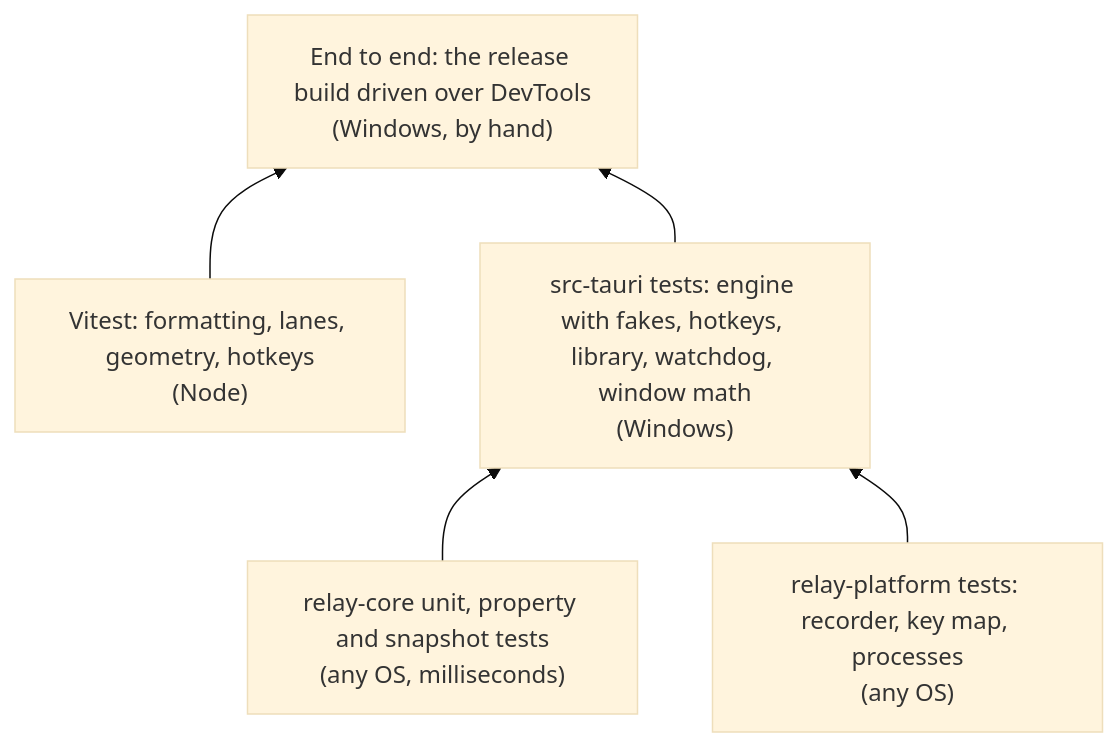
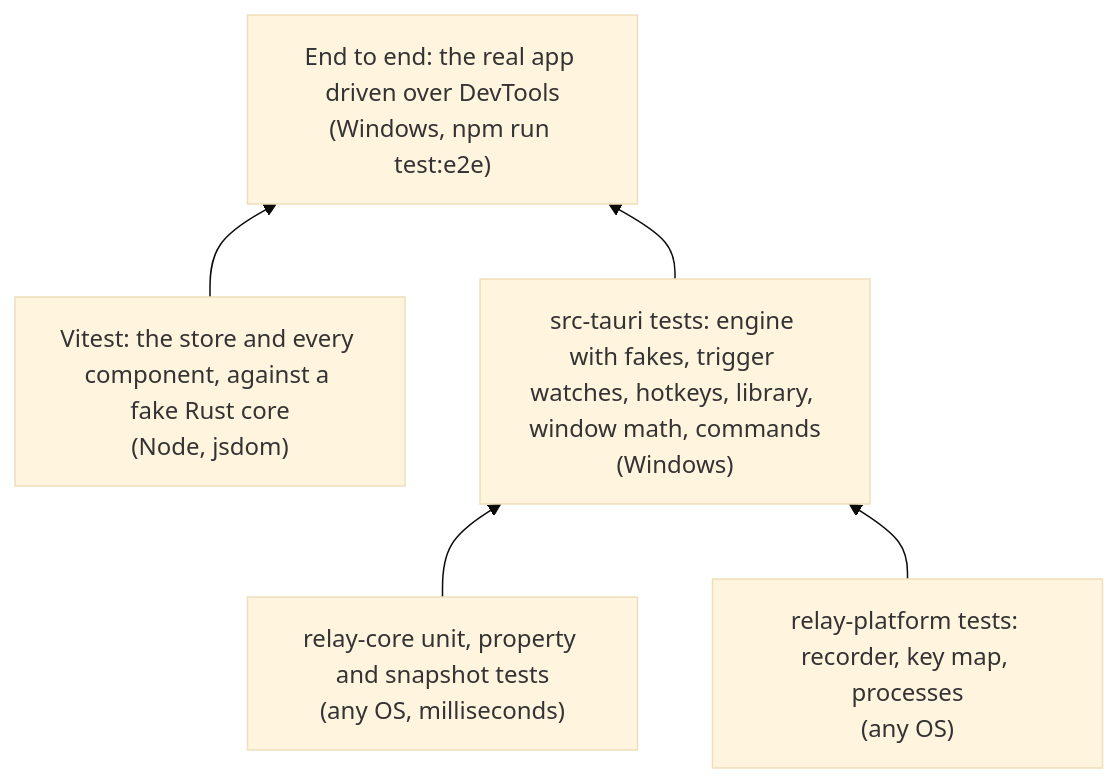
One commit to HappyRave/Relay changed the diagram in docs/engineering/testing.md. Above: the diagram before and after it, drawn with Mermaid (base theme). The commit also changed other lines of this file and 5 other files, not shown here.

First line of the commit message:
docs, ci: the three test layers, and end-to-end tests in CI

````diff
--- a/docs/engineering/testing.md
+++ b/docs/engineering/testing.md
@@ -5,12 +5,12 @@
 ```mermaid
 flowchart BT
     U["relay-core unit, property and snapshot tests<br/>(any OS, milliseconds)"]
     P["relay-platform tests: recorder, key map, processes<br/>(any OS)"]
-    A["src-tauri tests: engine with fakes, hotkeys, library, watchdog, window math<br/>(Windows)"]
-    F["Vitest: formatting, lanes, geometry, hotkeys<br/>(Node)"]
-    E["End to end: the release build driven over DevTools<br/>(Windows, by hand)"]
+    A["src-tauri tests: engine with fakes, trigger watches, hotkeys, library, window math, commands<br/>(Windows)"]
+    F["Vitest: the store and every component, against a fake Rust core<br/>(Node, jsdom)"]
+    E["End to end: the real app driven over DevTools<br/>(Windows, npm run test:e2e)"]
     U --> A
     P --> A
     F --> E
     A --> E
 ```
````
